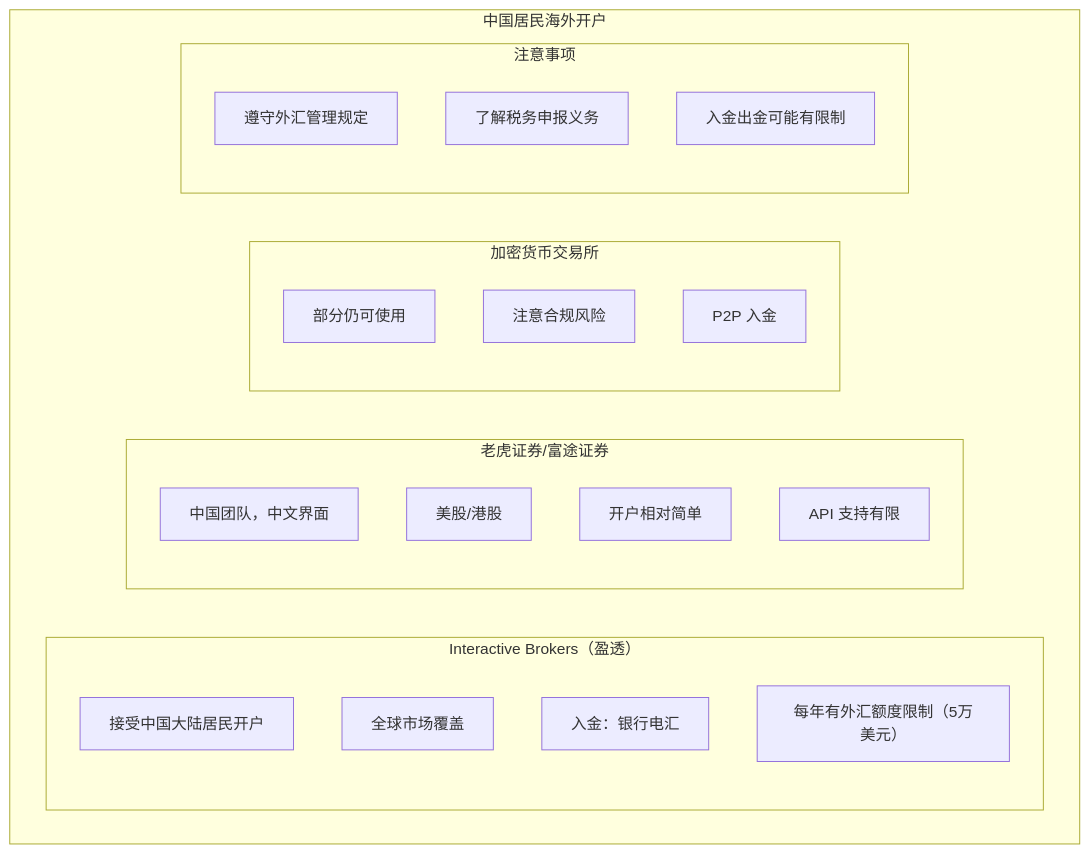
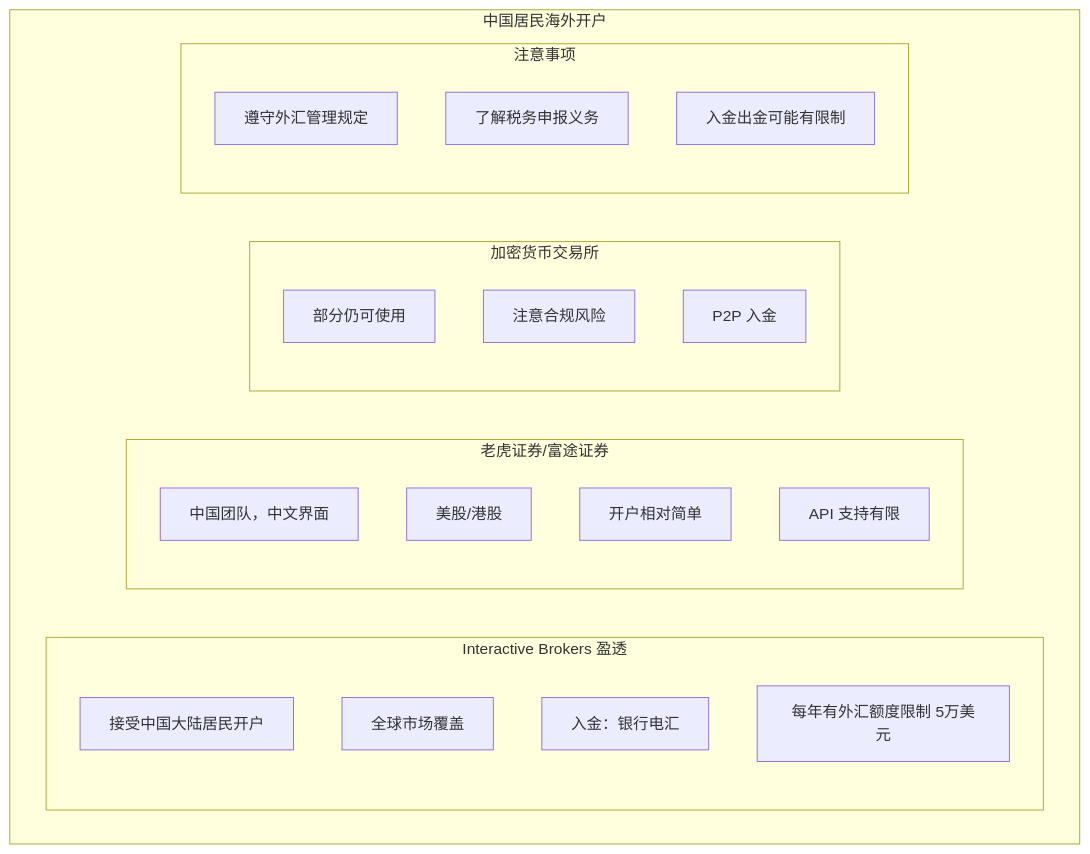
Diagram 11 of 13 in content/articles/quant/quant-04-全球量化交易接口与数据.md (jpixy/jpixy.github.io), drawn with Mermaid before and after one commit. The commit also changed other lines of this file and 66 other files, not shown here.

Commit message:
fix: resolve Mermaid syntax errors by removing parentheses in node labels

````diff
--- a/content/articles/quant/quant-04-全球量化交易接口与数据.md
+++ b/content/articles/quant/quant-04-全球量化交易接口与数据.md
@@ -436,27 +436,27 @@
 ```mermaid
 graph TB
     subgraph 海外开户["中国居民海外开户"]
-        subgraph IB["Interactive Brokers（盈透）"]
+        subgraph IB2["Interactive Brokers 盈透"]
             I1["接受中国大陆居民开户"]
             I2["全球市场覆盖"]
             I3["入金：银行电汇"]
-            I4["每年有外汇额度限制（5万美元）"]
+            I4["每年有外汇额度限制 5万美元"]
         end
         subgraph 港美股["老虎证券/富途证券"]
             T1["中国团队，中文界面"]
             T2["美股/港股"]
             T3["开户相对简单"]
             T4["API 支持有限"]
         end
         subgraph 加密货币交易所
             C1["部分仍可使用"]
             C2["注意合规风险"]
             C3["P2P 入金"]
         end
         subgraph 注意事项
             N1["遵守外汇管理规定"]
             N2["了解税务申报义务"]
             N3["入金出金可能有限制"]
         end
     end
 ```
````
